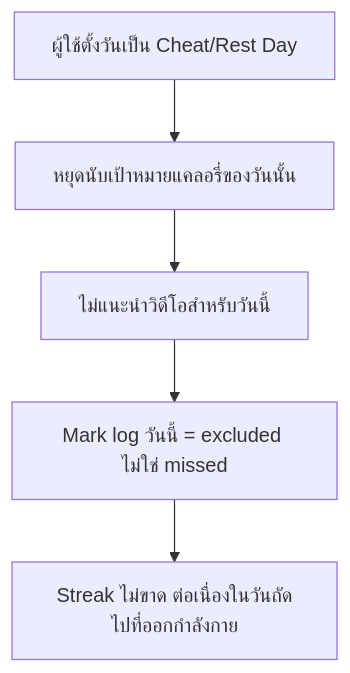
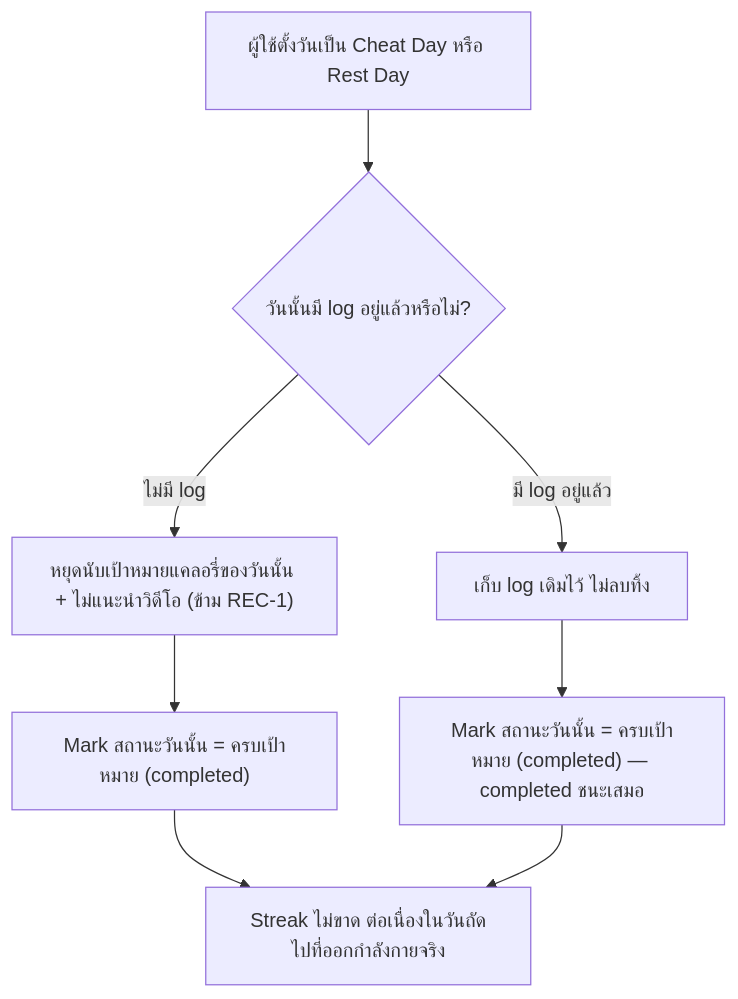
One commit to Kikofah/smartFit_daily changed the ninth of 14 diagrams in docs/features/user-journeys.md. Above: the diagram before and after it, drawn with Mermaid. The commit also changed other lines of this file and 6 other files, not shown here.

````diff
--- a/docs/features/user-journeys.md
+++ b/docs/features/user-journeys.md
@@ -266,7 +295,10 @@
 ```mermaid
 flowchart TD
-    A[ผู้ใช้ตั้งวันเป็น Cheat/Rest Day] --> B[หยุดนับเป้าหมายแคลอรี่ของวันนั้น]
-    B --> C[ไม่แนะนำวิดีโอสำหรับวันนี้]
-    C --> D[Mark log วันนี้ = excluded ไม่ใช่ missed]
-    D --> E[Streak ไม่ขาด ต่อเนื่องในวันถัดไปที่ออกกำลังกาย]
+    A[ผู้ใช้ตั้งวันเป็น Cheat Day หรือ Rest Day] --> B{วันนั้นมี log อยู่แล้วหรือไม่?}
+    B -- ไม่มี log --> C["หยุดนับเป้าหมายแคลอรี่ของวันนั้น + ไม่แนะนำวิดีโอ (ข้าม REC-1)"]
+    C --> D["Mark สถานะวันนั้น = ครบเป้าหมาย (completed)"]
+    B -- มี log อยู่แล้ว --> E[เก็บ log เดิมไว้ ไม่ลบทิ้ง]
+    E --> F["Mark สถานะวันนั้น = ครบเป้าหมาย (completed) — completed ชนะเสมอ"]
+    D --> G[Streak ไม่ขาด ต่อเนื่องในวันถัดไปที่ออกกำลังกายจริง]
+    F --> G
 ```
````
